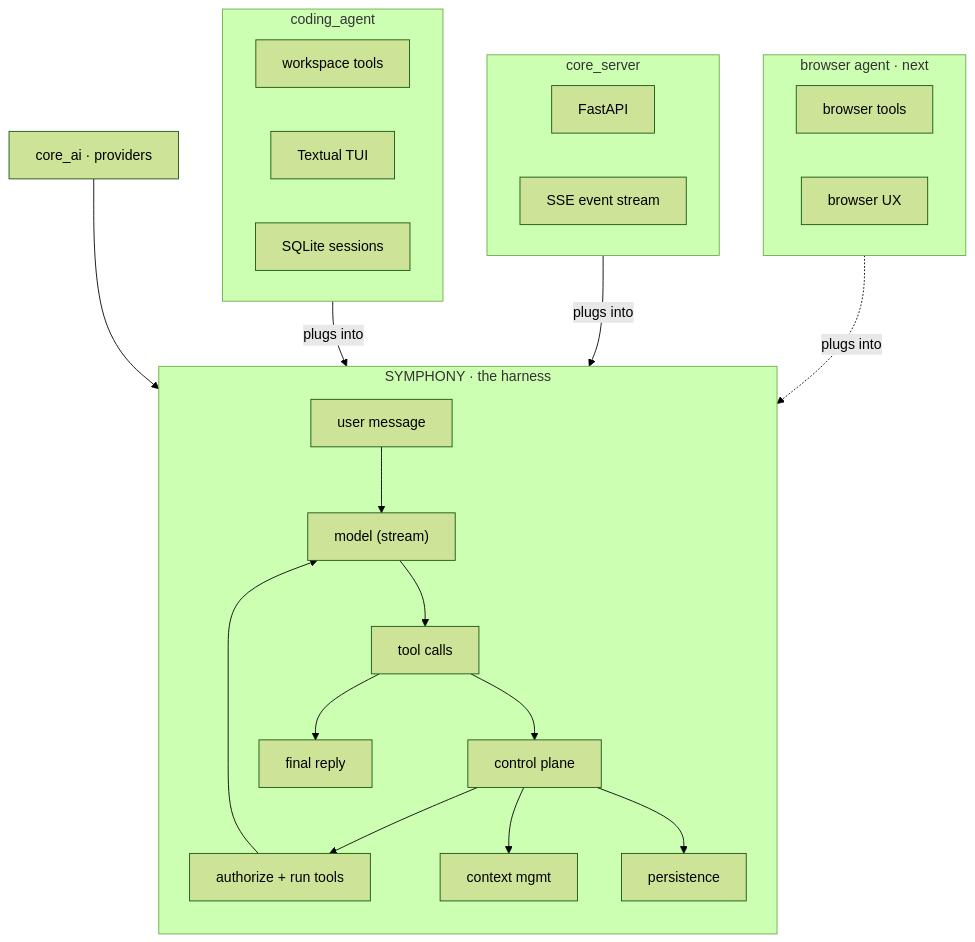
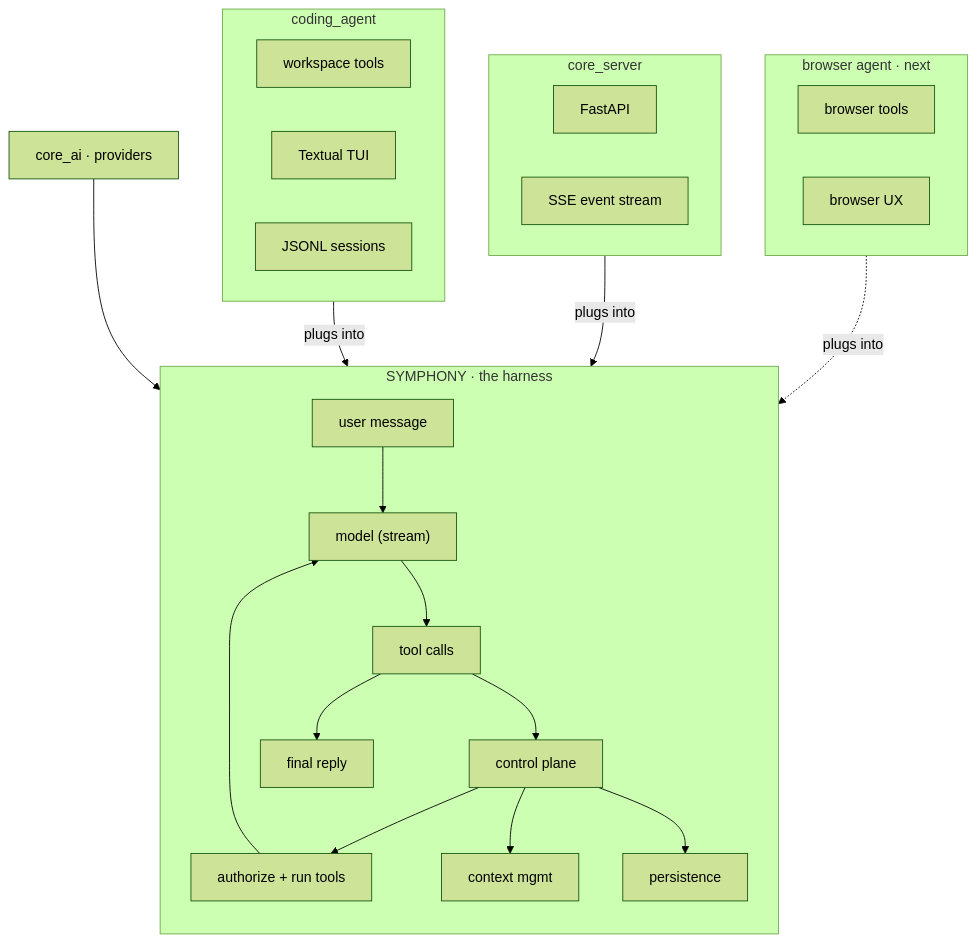
Before and after one commit to Sarthakischauhan/symphony: the diagram in README.md, drawn with Mermaid (forest theme). The commit also changed other lines of this file and 36 other files, not shown here.

Commit message:
refactor: remove sqlite sessions and add CI pre-commit hook

````diff
--- a/README.md
+++ b/README.md
@@ -57,36 +57,36 @@
 ```mermaid
 flowchart TD
     subgraph SYM["SYMPHONY · the harness"]
         direction TB
         U["user message"] --> M["model (stream)"]
         M --> TC["tool calls"]
         TC --> CP["control plane"]
         CP --> RT["authorize + run tools"]
         RT --> M
         TC --> FR["final reply"]
         CP --> CTX["context mgmt"]
         CP --> PER["persistence"]
     end
 
     AI["core_ai · providers"] --> M
 
     subgraph COD["coding_agent"]
         WS["workspace tools"]
         TU["Textual TUI"]
-        SQ["SQLite sessions"]
+        SQ["JSONL sessions"]
     end
 
     subgraph SRV["core_server"]
         API["FastAPI"]
         SSE["SSE event stream"]
     end
 
     subgraph BROW["browser agent · next"]
         BT["browser tools"]
         BU["browser UX"]
     end
 
     COD -- "plugs into" --> SYM
     SRV -- "plugs into" --> SYM
     BROW -. "plugs into" .-> SYM
 ```
````
